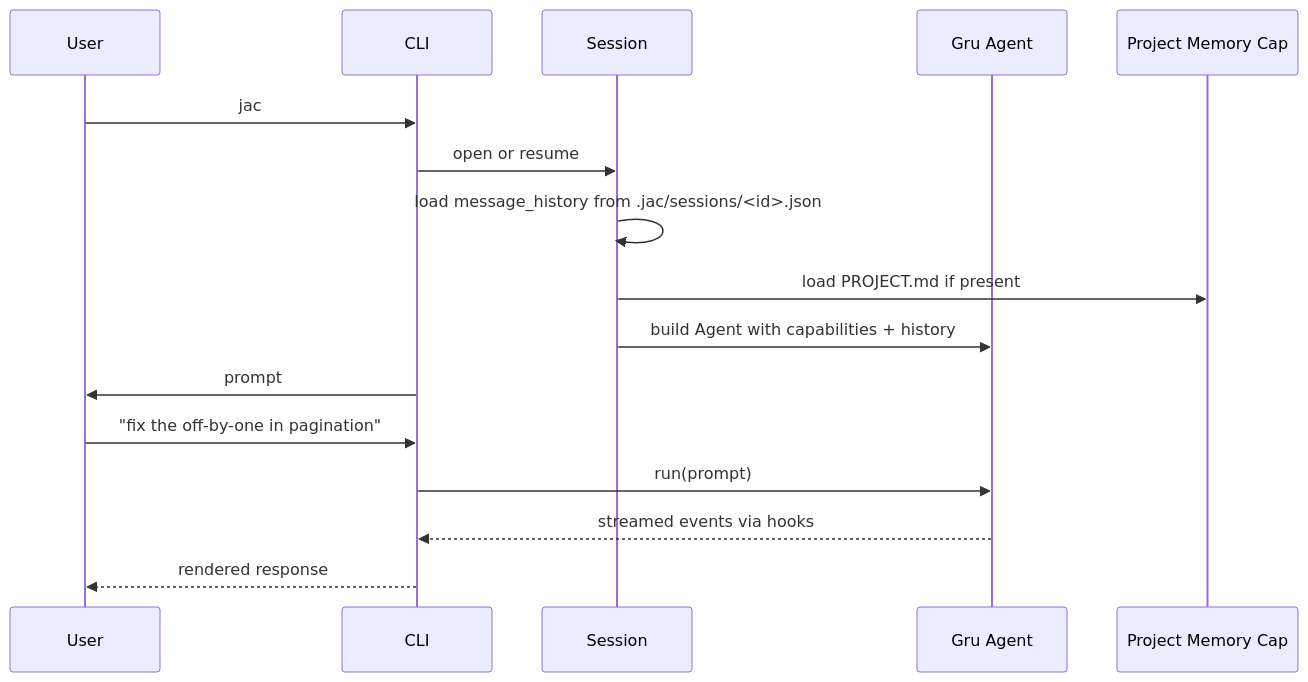
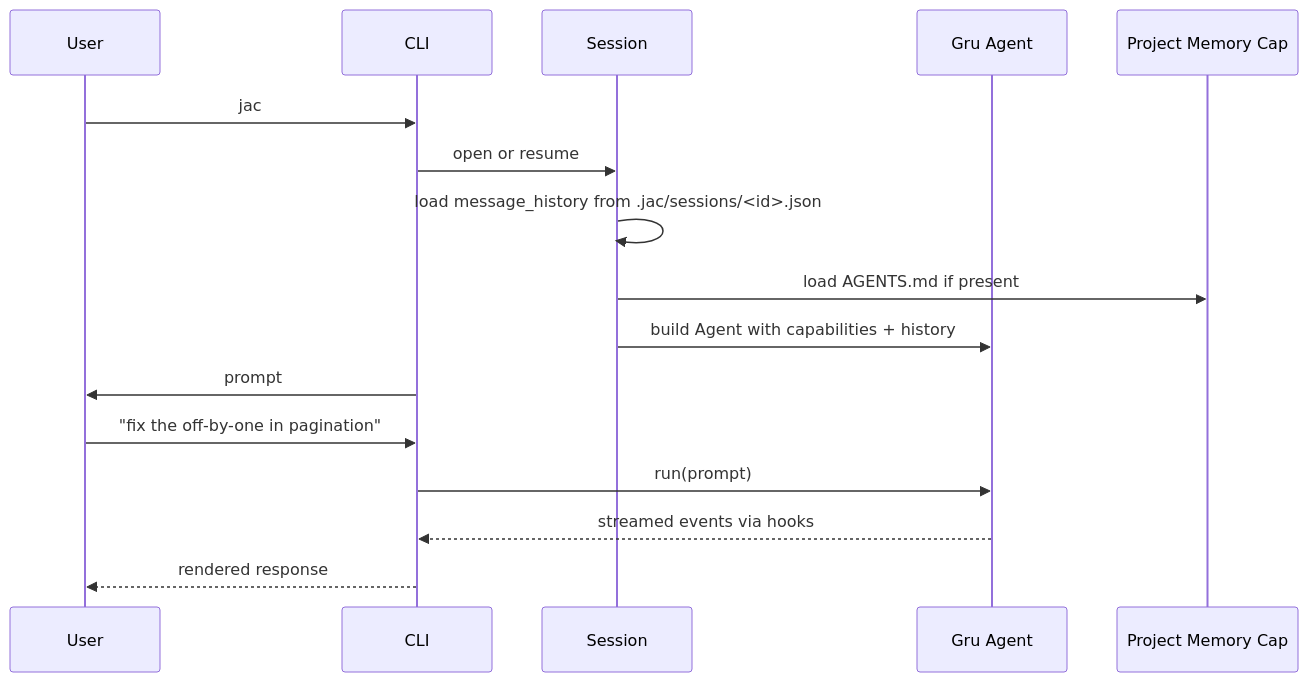
The second of 8 diagrams in ARCHITECTURE.md (VENKATESHWARAN-R/JAC), drawn with Mermaid before and after one commit. The commit also changed other lines of this file and 16 other files, not shown here.

````diff
--- a/ARCHITECTURE.md
+++ b/ARCHITECTURE.md
@@ -120,19 +120,19 @@
 ```mermaid
 sequenceDiagram
     participant User
     participant CLI
     participant Session
     participant Gru as Gru Agent
     participant ProjMem as Project Memory Cap
 
     User->>CLI: jac
     CLI->>Session: open or resume
     Session->>Session: load message_history from .jac/sessions/<id>.json
-    Session->>ProjMem: load PROJECT.md if present
+    Session->>ProjMem: load AGENTS.md if present
     Session->>Gru: build Agent with capabilities + history
     CLI->>User: prompt
     User->>CLI: "fix the off-by-one in pagination"
     CLI->>Gru: run(prompt)
     Gru-->>CLI: streamed events via hooks
     CLI-->>User: rendered response
 ```
````
